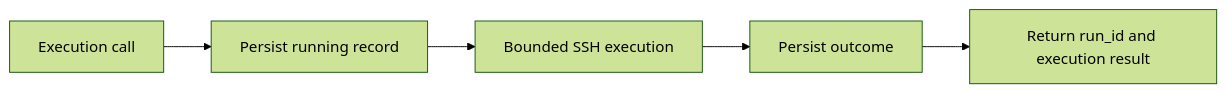
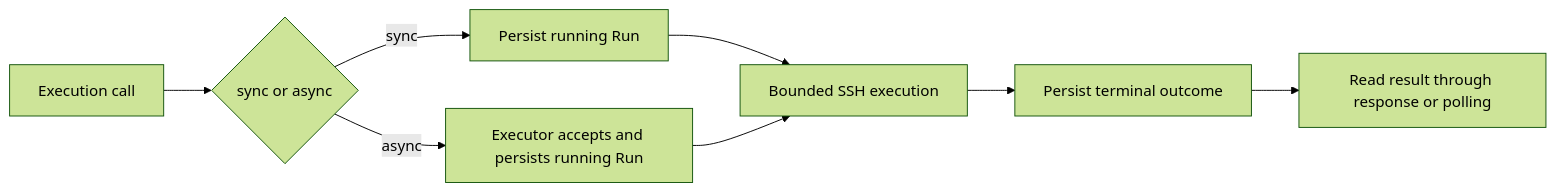
The first of 2 diagrams in docs/runs-and-tasks.md (X1pheR/hypershell-reach), drawn with Mermaid (forest theme) before and after one commit. The commit also changed other lines of this file and 84 other files, not shown here.

````diff
--- a/docs/runs-and-tasks.md
+++ b/docs/runs-and-tasks.md
@@ -9,7 +9,10 @@
 ```mermaid
 flowchart LR
-    Call[Execution call] --> Start[Persist running record]
+    Call[Execution call] --> Mode{sync or async}
+    Mode -->|sync| Start[Persist running Run]
+    Mode -->|async| Accept[Executor accepts and persists running Run]
     Start --> SSH[Bounded SSH execution]
-    SSH --> End[Persist outcome]
-    End --> Result[Return run_id and execution result]
+    Accept --> SSH
+    SSH --> End[Persist terminal outcome]
+    End --> Result[Read result through response or polling]
 ```
````
